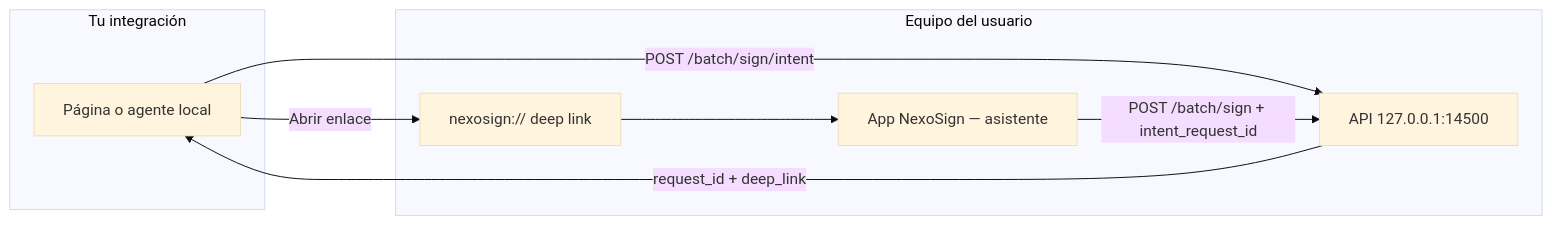
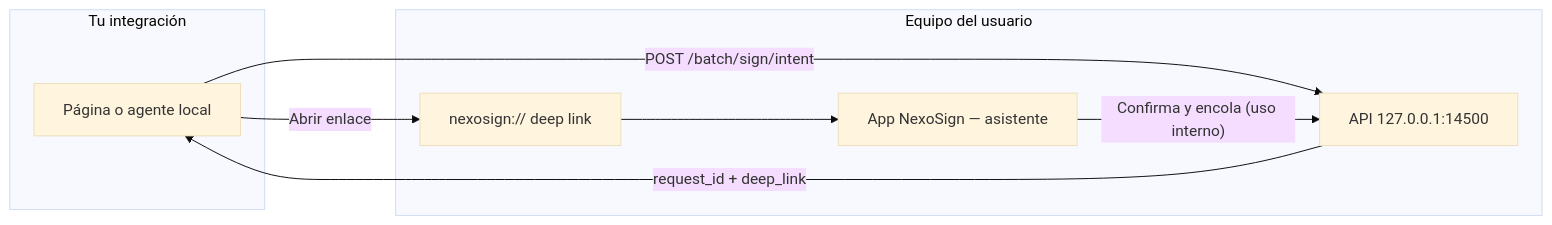
One commit to cjuriartec/nexosign changed the diagram in README.md. Above: the diagram before and after it, drawn with Mermaid (base theme). The commit also changed other lines of this file and 11 other files, not shown here.

````diff
--- a/README.md
+++ b/README.md
@@ -83,16 +86,16 @@
 ```mermaid
 flowchart LR
   subgraph Web["Tu integración"]
     A[Página o agente local]
   end
   subgraph NexoSign["Equipo del usuario"]
     B["API 127.0.0.1:14500"]
     C["nexosign:// deep link"]
     D["App NexoSign — asistente"]
   end
   A -->|"POST /batch/sign/intent"| B
   B -->|"request_id + deep_link"| A
   A -->|"Abrir enlace"| C
   C --> D
-  D -->|"POST /batch/sign + intent_request_id"| B
+  D -->|"Confirma y encola (uso interno)"| B
 ```
````
